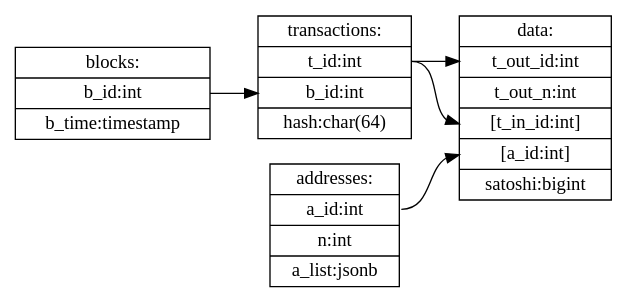
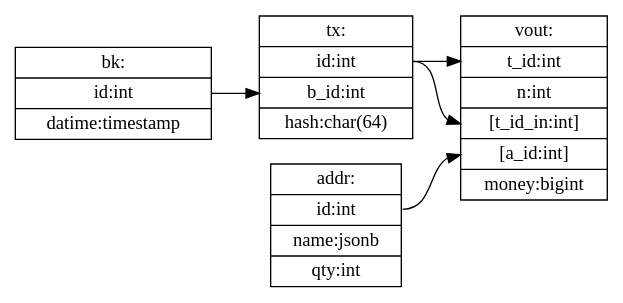
The diagram in doc/DB.dot (tieugene/bcerq), drawn with Graphviz before and after one commit. The commit also changed 37 other files, not shown here.

```diff
--- a/doc/DB.dot
+++ b/doc/DB.dot
@@ -1,14 +1,14 @@
 // powered by https://dreampuf.github.io/GraphvizOnline/
 digraph DB {
     rankdir=LR;
     node [shape="record"] {
-    bk_o [label="blocks: | <id> b_id:int | <date> b_time:timestamp"];
-    tx_o [label="transactions: | <id> t_id:int | <b_id> b_id:int | <hash> hash:char(64)"];
-    vout_o [label="data: | <t_id> t_out_id:int | <n> t_out_n:int | <t_id_in> [t_in_id:int] | <a_id> [a_id:int] | <money> satoshi:bigint"];
-    addr_o [label="addresses: | <id> a_id:int | <n> n:int | <name> a_list:jsonb"];
+    bk [label="bk: | <id> id:int | <datime> datime:timestamp"];
+    tx [label="tx: | <id> id:int | <b_id> b_id:int | <hash> hash:char(64)"];
+    vout [label="vout: | <t_id> t_id:int | <n> n:int | <t_id_in> [t_id_in:int] | <a_id> [a_id:int] | <money> money:bigint"];
+    addr [label="addr: | <id> id:int | <name> name:jsonb | <qty> qty:int"];
     }
-    bk_o:id -> tx_o:b_id;
-    tx_o:id -> vout_o:t_id;
-    tx_o:id -> vout_o:t_id_in;
-    addr_o:id -> vout_o:a_id;
+    bk:id -> tx:b_id;
+    tx:id -> vout:t_id;
+    tx:id -> vout:t_id_in;
+    addr:id -> vout:a_id;
 }
```
